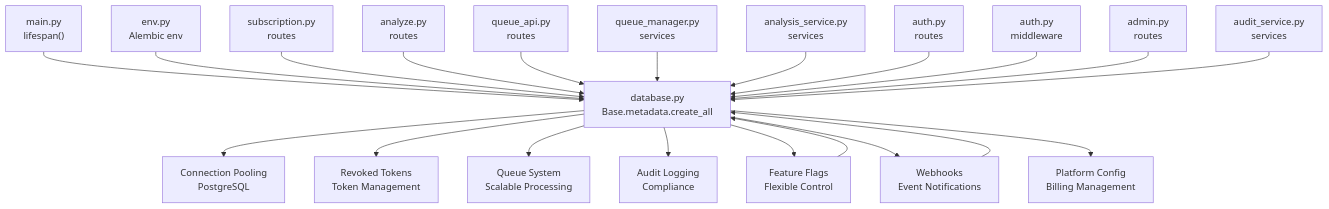
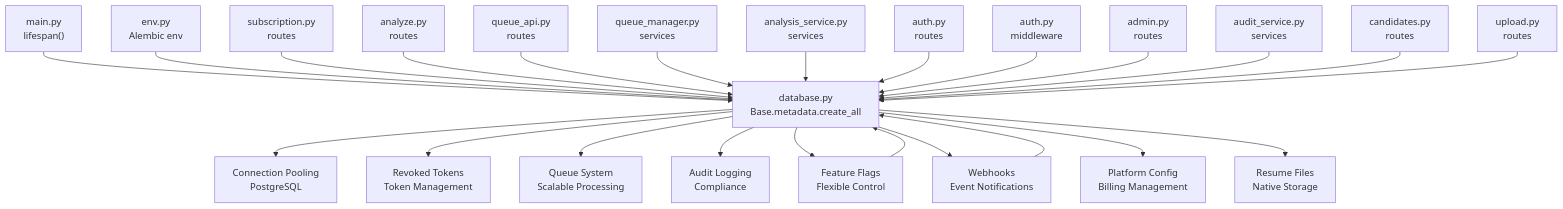
Diagram 11 of 11 in .qoder/repowiki/en/content/Database Design/Database Design.md (Revanththetalogics/aireume), drawn with Mermaid before and after one commit. The commit also changed other lines of this file and 7 other files, not shown here.

````diff
--- a/.qoder/repowiki/en/content/Database Design/Database Design.md
+++ b/.qoder/repowiki/en/content/Database Design/Database Design.md
@@ -714,23 +779,26 @@
 ```mermaid
 graph TB
 M["main.py<br/>lifespan()"] --> D["database.py<br/>Base.metadata.create_all"]
 E["env.py<br/>Alembic env"] --> D
 S["subscription.py<br/>routes"] --> D
 A["analyze.py<br/>routes"] --> D
 Q["queue_api.py<br/>routes"] --> D
 QM["queue_manager.py<br/>services"] --> D
 AS["analysis_service.py<br/>services"] --> D
 AR["auth.py<br/>routes"] --> D
 U["auth.py<br/>middleware"] --> D
 AD["admin.py<br/>routes"] --> D
 AF["audit_service.py<br/>services"] --> D
 FF["feature_flag_service.py<br/>services"] --> D
 WH["webhook_service.py<br/>services"] --> D
+CAND["candidates.py<br/>routes"] --> D
+UP["upload.py<br/>routes"] --> D
 D --> CP["Connection Pooling<br/>PostgreSQL"]
 D --> RT["Revoked Tokens<br/>Token Management"]
 D --> QS["Queue System<br/>Scalable Processing"]
 D --> AU["Audit Logging<br/>Compliance"]
 D --> FF["Feature Flags<br/>Flexible Control"]
 D --> WH["Webhooks<br/>Event Notifications"]
 D --> PC["Platform Config<br/>Billing Management"]
+D --> RF["Resume Files<br/>Native Storage"]
 ```
````
